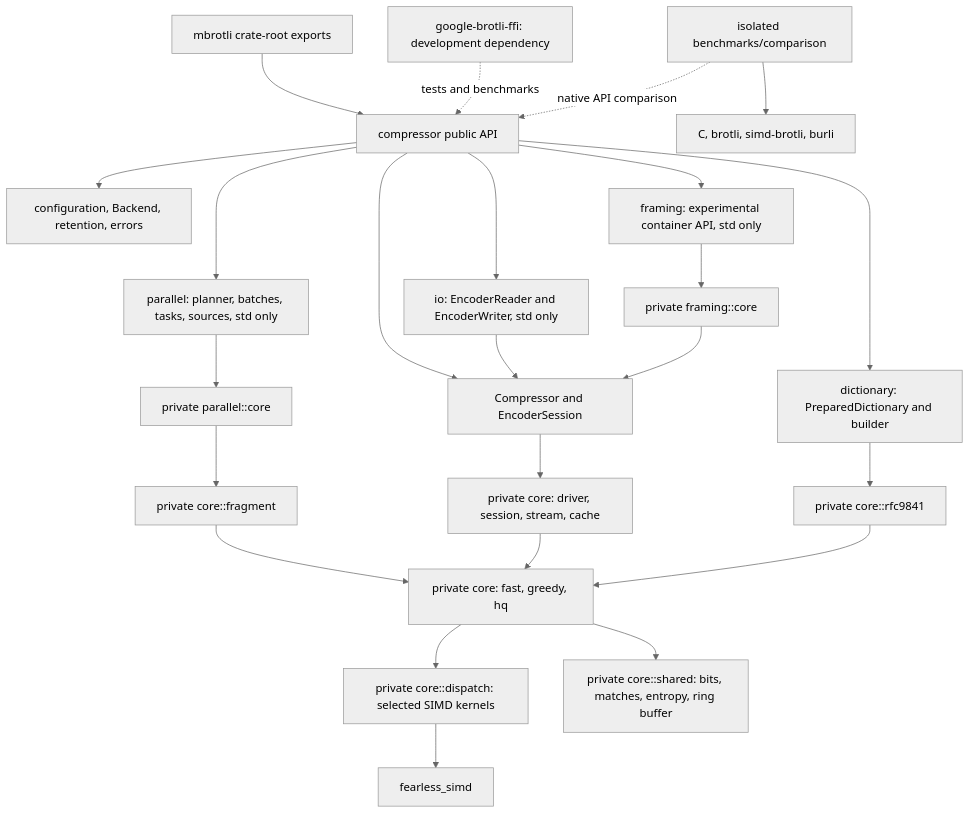
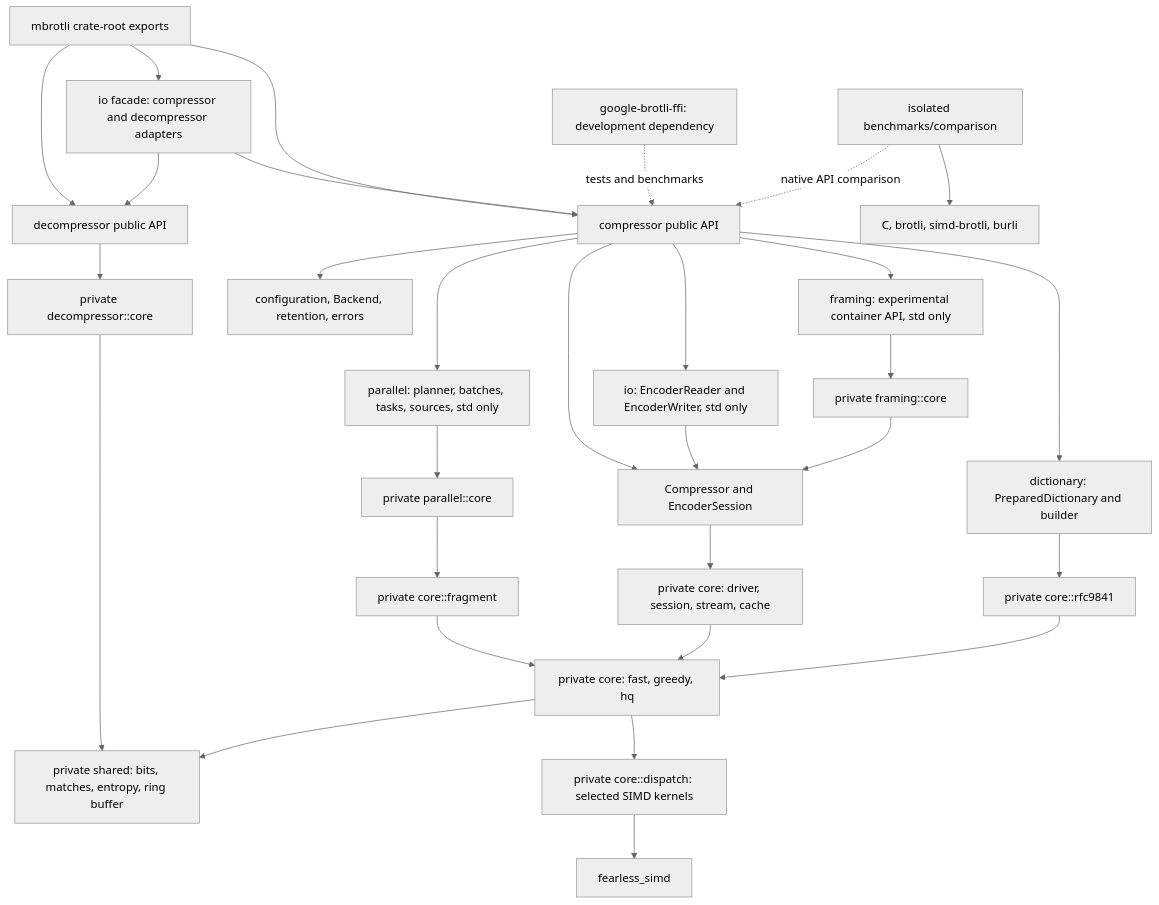
The diagram in architecture/README.md (Mnwa/mbrotli), drawn with Mermaid (neutral theme) before and after one commit. The commit also changed other lines of this file and 184 other files, not shown here.

````diff
--- a/architecture/README.md
+++ b/architecture/README.md
@@ -30,26 +33,32 @@
 ```mermaid
 graph TD
     Root[mbrotli crate-root exports] --> API[compressor public API]
+    Root --> Decode[decompressor public API]
+    Decode --> DecodeCore[private decompressor::core]
+    DecodeCore --> Shared
+    Root --> Facade[io facade: compressor and decompressor adapters]
+    Facade --> Decode
+    Facade --> API
     API --> Config[configuration, Backend, retention, errors]
     API --> Serial[Compressor and EncoderSession]
     API --> IO[io: EncoderReader and EncoderWriter, std only]
     API --> Dictionary[dictionary: PreparedDictionary and builder]
     API --> Parallel[parallel: planner, batches, tasks, sources, std only]
     API --> Framing[framing: experimental container API, std only]
     IO --> Serial
     Serial --> Stream[private core: driver, session, stream, cache]
     Dictionary --> RFC[private core::rfc9841]
     Framing --> FrameCore[private framing::core]
     FrameCore --> Serial
     Parallel --> ParallelCore[private parallel::core]
     ParallelCore --> Fragment[private core::fragment]
     Fragment --> Encoders[private core: fast, greedy, hq]
     Stream --> Encoders
     RFC --> Encoders
     Encoders --> Kernels[private core::dispatch: selected SIMD kernels]
-    Encoders --> Shared[private core::shared: bits, matches, entropy, ring buffer]
+    Encoders --> Shared[private shared: bits, matches, entropy, ring buffer]
     Kernels --> SIMD[fearless_simd]
     C[google-brotli-ffi: development dependency] -. tests and benchmarks .-> API
     Comparison[isolated benchmarks/comparison] -. native API comparison .-> API
     Comparison --> Competitors[C, brotli, simd-brotli, burli]
 ```
````
